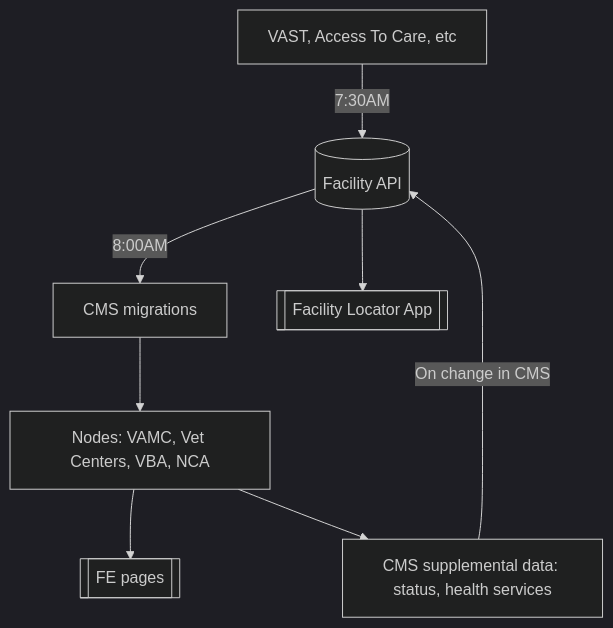
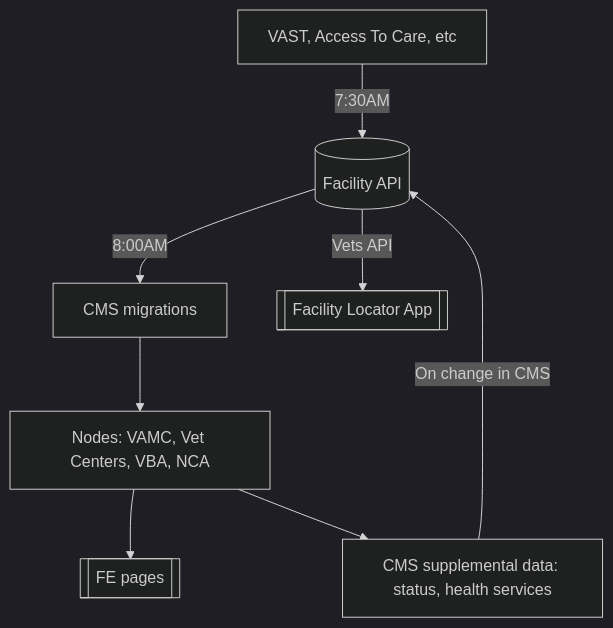
The diagram in READMES/migrations-facility.md (department-of-veterans-affairs/va.gov-cms), drawn with Mermaid (dark theme) before and after one commit.

Commit message:
[DOCS] Add Vets API into migration diagram

````diff
--- a/READMES/migrations-facility.md
+++ b/READMES/migrations-facility.md
@@ -12,10 +12,10 @@
 ```mermaid
   graph TD;
     vast[VAST, Access To Care, etc]-- 7:30AM -->fapi;
     fapi[(Facility API)]-- 8:00AM -->migrations[CMS migrations];
-    fapi-->fl[[Facility Locator App]];
+    fapi-- Vets API -->fl[[Facility Locator App]];
     migrations-->nodes[Nodes: VAMC, Vet Centers, VBA, NCA];
     nodes-->FE[[FE pages]];
     nodes-->data
     data[CMS supplemental data: status, health services] -- On change in CMS -->fapi;
 ```
````
